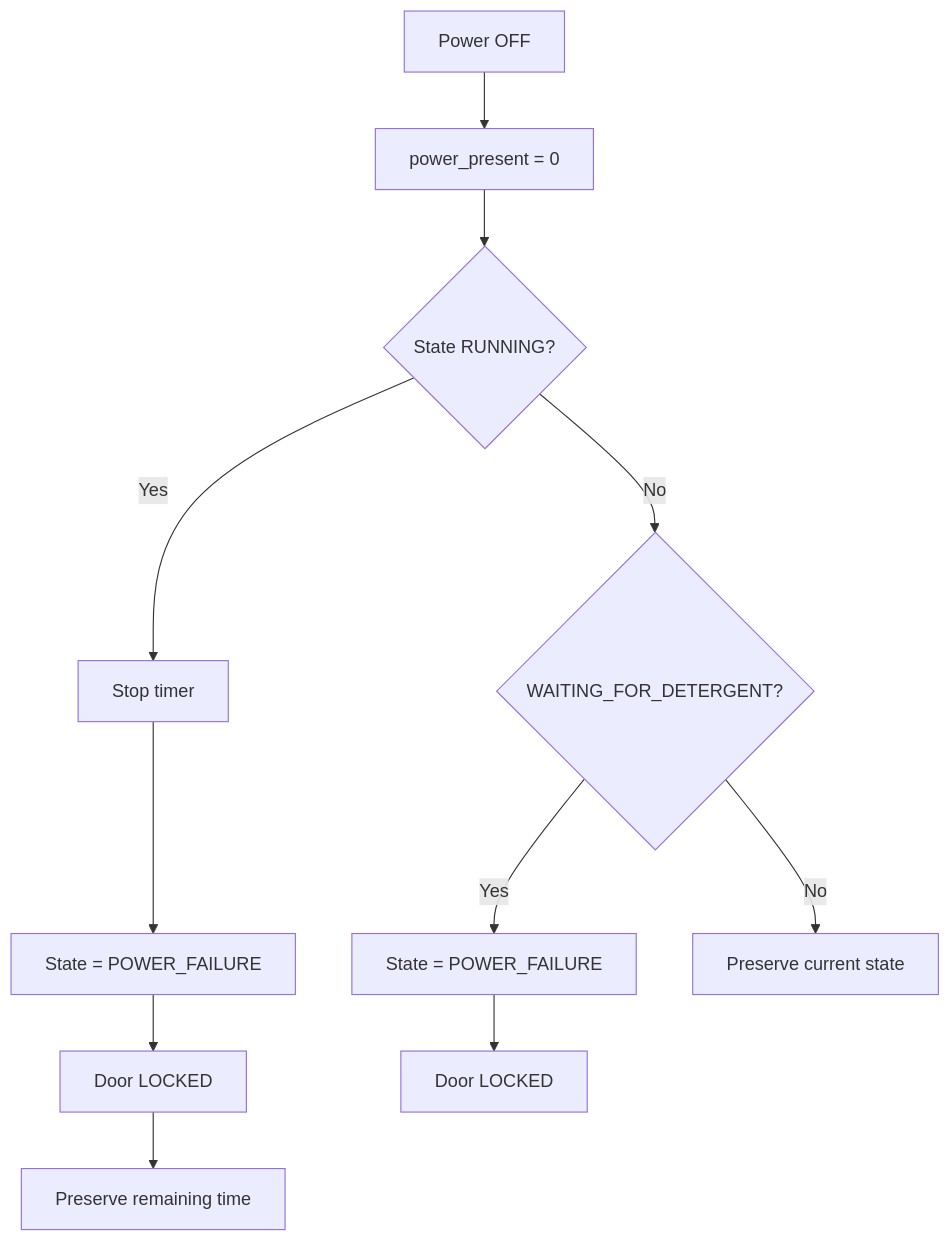
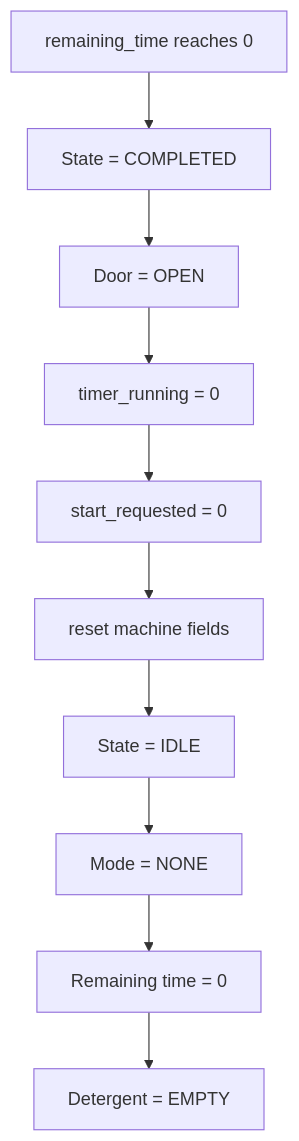
One commit to BMMADHUMITHA/weighted_rr changed diagram 11 of 19 in README.md. Above: the diagram before and after it, drawn with Mermaid. The commit also changed other lines of this file, not shown here.

````diff
--- a/README.md
+++ b/README.md
@@ -493,13 +397,12 @@
 ```mermaid
 flowchart TD
-    A[Power OFF] --> B[power_present = 0]
-    B --> C{State RUNNING?}
-    C -- Yes --> D[Stop timer]
-    D --> E[State = POWER_FAILURE]
-    E --> F[Door LOCKED]
-    F --> G[Preserve remaining time]
-    C -- No --> H{WAITING_FOR_DETERGENT?}
-    H -- Yes --> I[State = POWER_FAILURE]
-    I --> J[Door LOCKED]
-    H -- No --> K[Preserve current state]
+    A[remaining_time reaches 0] --> B[State = COMPLETED]
+    B --> C[Door = OPEN]
+    C --> D[timer_running = 0]
+    D --> E[start_requested = 0]
+    E --> F[reset machine fields]
+    F --> G[State = IDLE]
+    G --> H[Mode = NONE]
+    H --> I[Remaining time = 0]
+    I --> J[Detergent = EMPTY]
 ```
````
